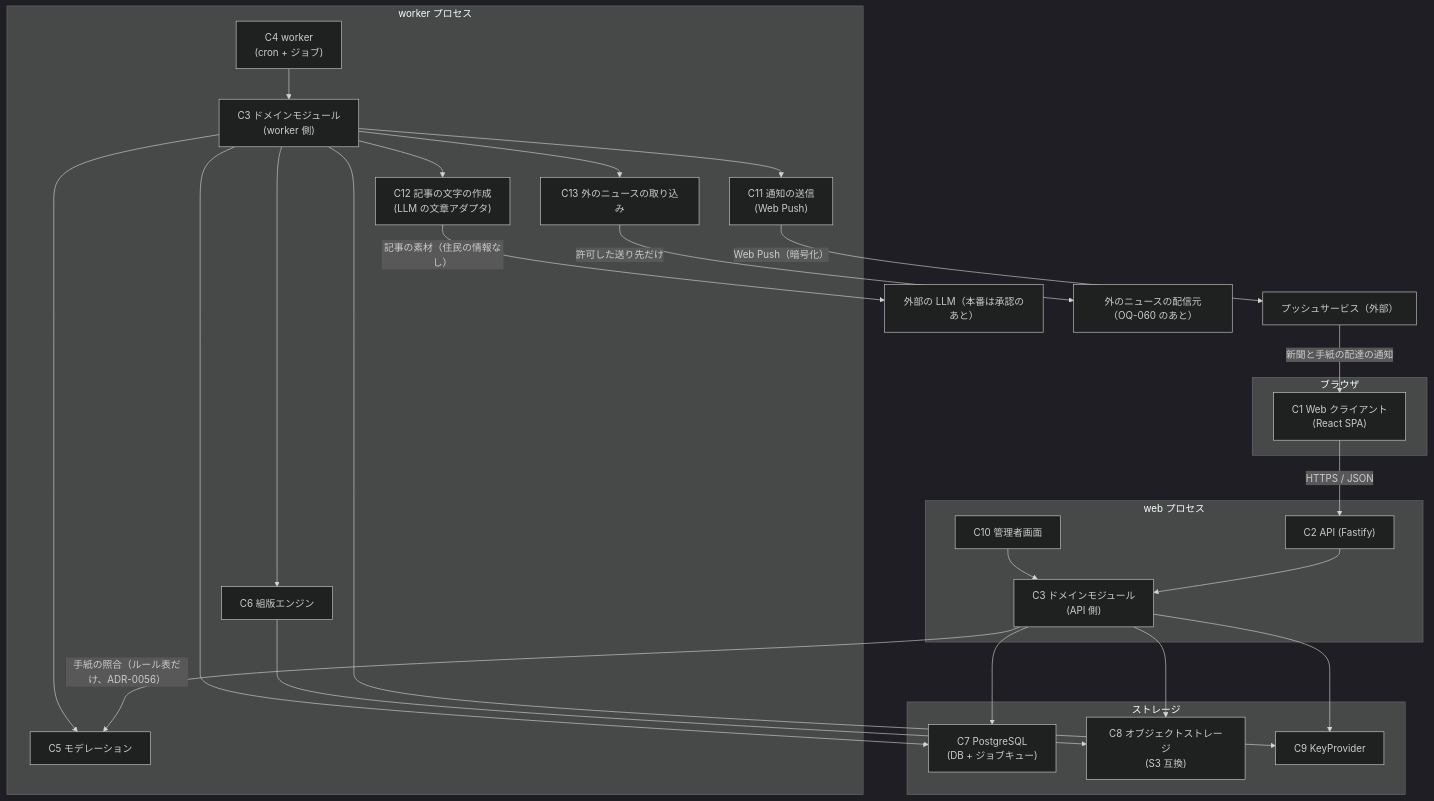
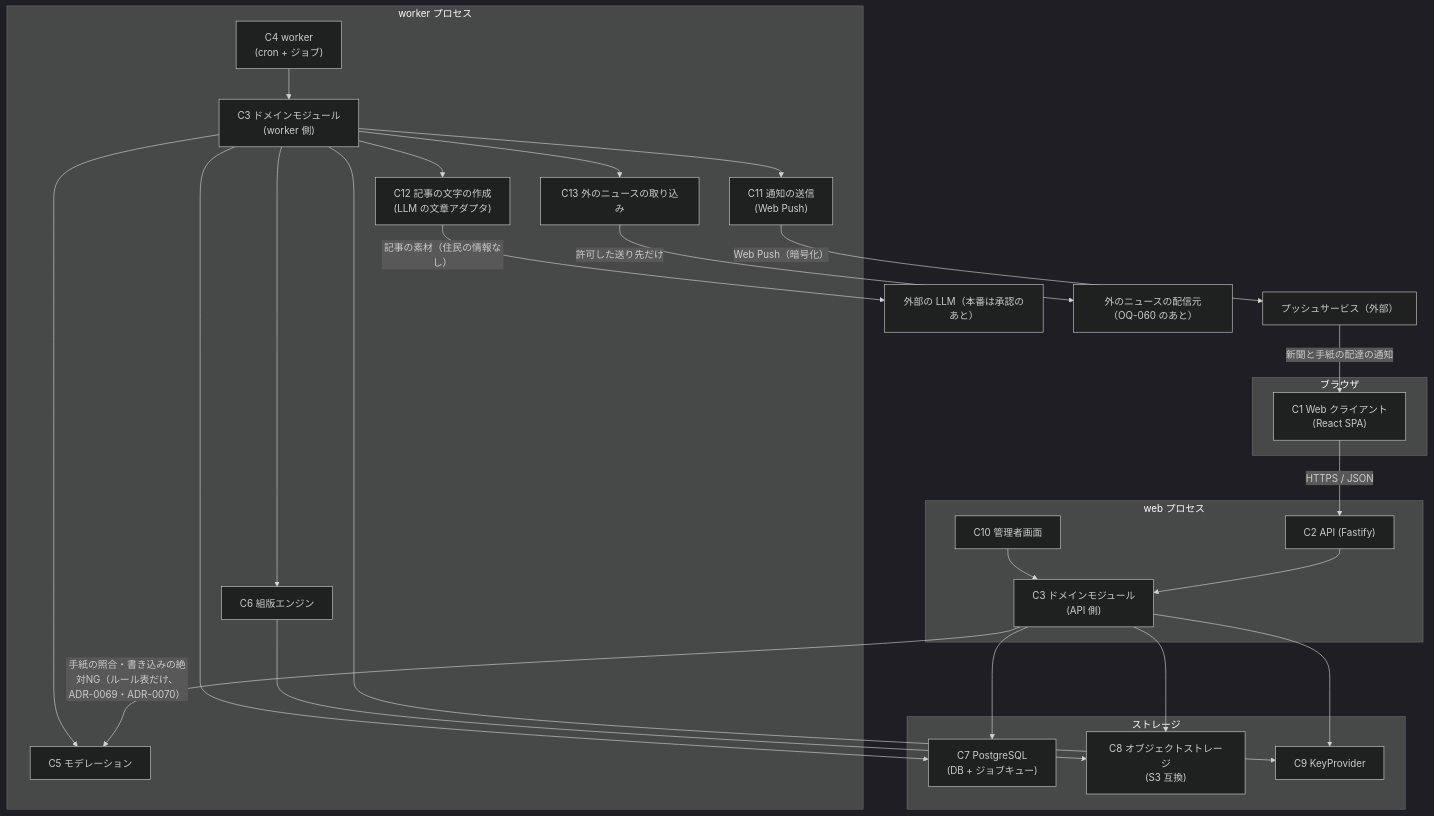
One commit to BONUS-git/yuguregaoka-3chome changed the diagram in .ai/architecture.md. Above: the diagram before and after it, drawn with Mermaid (dark theme). The commit also changed other lines of this file and 26 other files, not shown here.

````diff
--- a/.ai/architecture.md
+++ b/.ai/architecture.md
@@ -54,53 +54,53 @@
 ```mermaid
 flowchart TB
     subgraph Browser["ブラウザ"]
         C1["C1 Web クライアント\n(React SPA)"]
     end
 
     subgraph WebProc["web プロセス"]
         C2["C2 API (Fastify)"]
         C3w["C3 ドメインモジュール\n(API 側)"]
         C10["C10 管理者画面"]
     end
 
     subgraph WorkerProc["worker プロセス"]
         C4["C4 worker\n(cron + ジョブ)"]
         C3wk["C3 ドメインモジュール\n(worker 側)"]
         C5["C5 モデレーション"]
         C6["C6 組版エンジン"]
         C11["C11 通知の送信\n(Web Push)"]
         C12["C12 記事の文字の作成\n(LLM の文章アダプタ)"]
         C13["C13 外のニュースの取り込み"]
     end
 
     Push["プッシュサービス（外部）"]
     LLM["外部の LLM（本番は承認のあと）"]
     News["外のニュースの配信元（OQ-060 のあと）"]
 
     subgraph StorageLayer["ストレージ"]
         C7["C7 PostgreSQL\n(DB + ジョブキュー)"]
         C8["C8 オブジェクトストレージ\n(S3 互換)"]
         C9["C9 KeyProvider"]
     end
 
     C1 -->|HTTPS / JSON| C2
     C2 --> C3w
     C10 --> C3w
     C3w --> C7
     C3w --> C9
     C3w --> C8
-    C3w -->|手紙の照合（ルール表だけ、ADR-0056）| C5
+    C3w -->|手紙の照合・書き込みの絶対NG（ルール表だけ、ADR-0069・ADR-0070）| C5
     C4 --> C3wk
     C3wk --> C5
     C3wk --> C6
     C3wk --> C7
     C6 --> C8
     C3wk --> C9
     C3wk --> C11
     C11 -->|Web Push（暗号化）| Push
     Push -->|新聞と手紙の配達の通知| C1
     C3wk --> C12
     C3wk --> C13
     C12 -->|記事の素材（住民の情報なし）| LLM
     C13 -->|許可した送り先だけ| News
 ```
````
